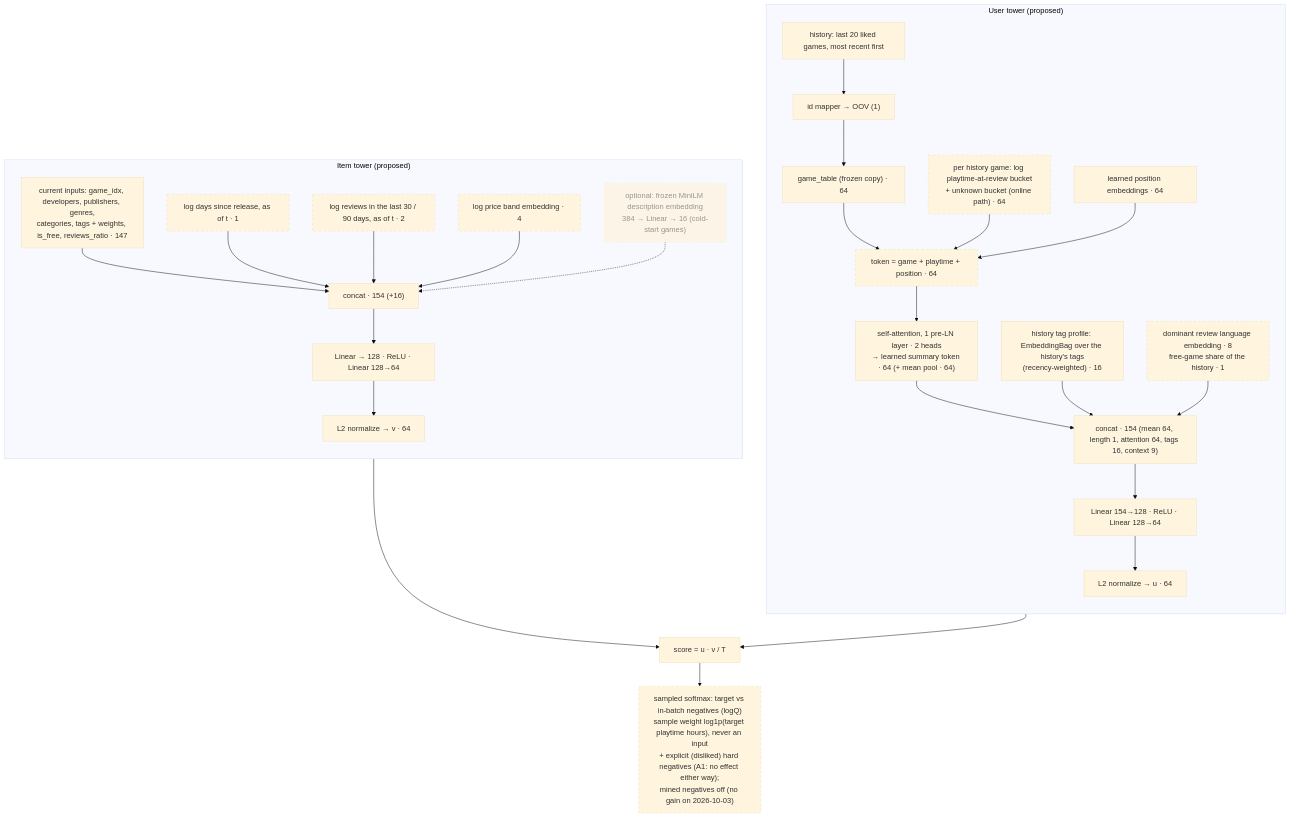
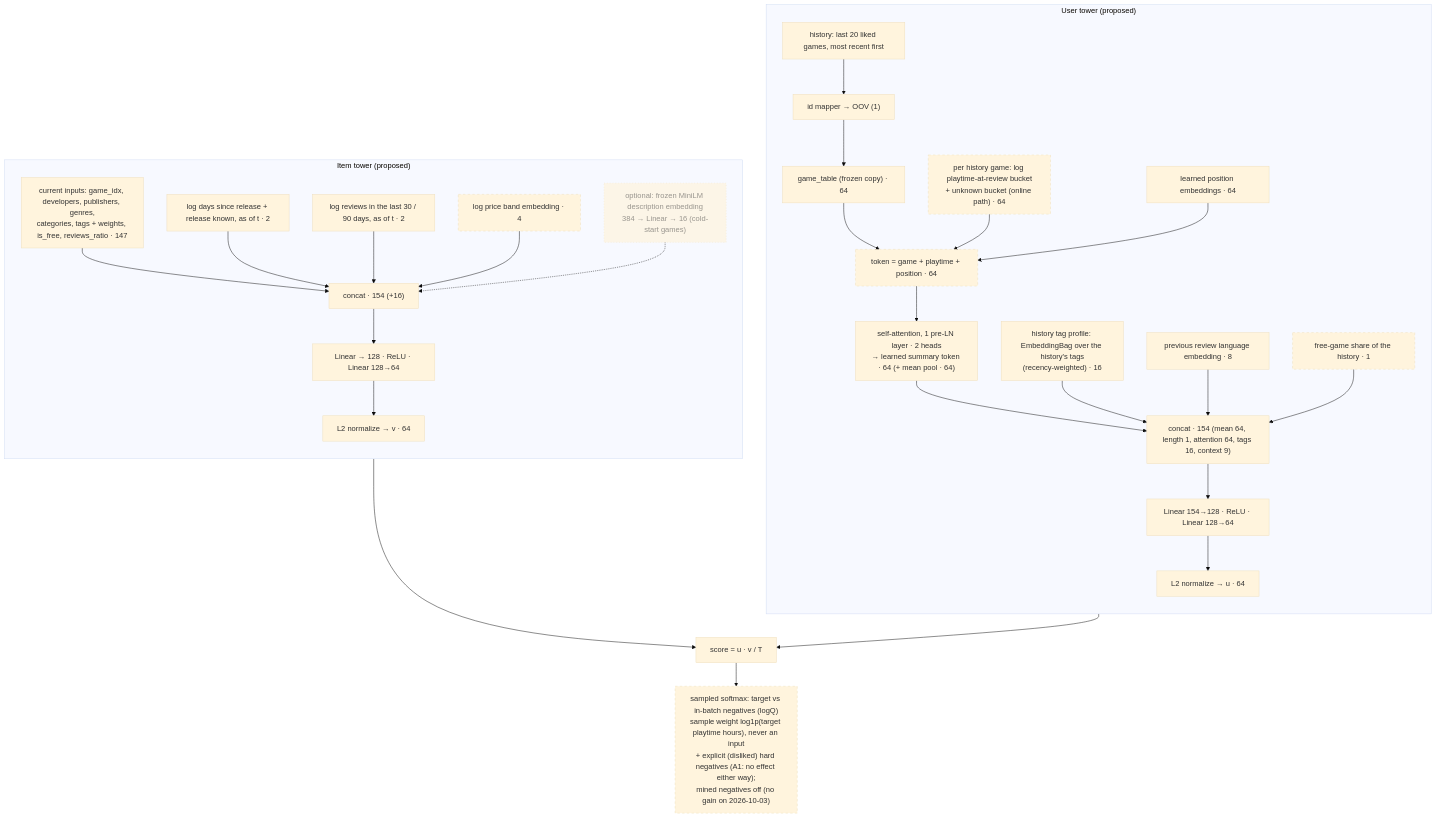
One commit to sadelcarpio/steam-recsys-e2e changed the second of 2 diagrams in training/README.md. Above: the diagram before and after it, drawn with Mermaid (base theme). The commit also changed other lines of this file and 3 other files, not shown here.

````diff
--- a/training/README.md
+++ b/training/README.md
@@ -148,45 +149,46 @@
 ```mermaid
 flowchart TB
   subgraph user["User tower (proposed)"]
     direction TB
     H["history: last 20 liked games, most recent first"]
     UM["id mapper → OOV (1)"]
     GT["game_table (frozen copy) · 64"]
     PT["per history game: log playtime-at-review bucket<br/>+ unknown bucket (online path) · 64"]:::new
     POS["learned position embeddings · 64"]
     TOK["token = game + playtime + position · 64"]:::new
     ATT["self-attention, 1 pre-LN layer · 2 heads<br/>→ learned summary token · 64 (+ mean pool · 64)"]
     TP["history tag profile: EmbeddingBag over the history's tags<br/>(recency-weighted) · 16"]
-    CTX["dominant review language embedding · 8<br/>free-game share of the history · 1"]:::new
+    CTX["previous review language embedding · 8"]
+    FREE["free-game share of the history · 1"]:::new
     UC["concat · 154 (mean 64, length 1, attention 64, tags 16, context 9)"]
     UMLP["Linear 154→128 · ReLU · Linear 128→64"]
     UN["L2 normalize → u · 64"]
     H --> UM --> GT --> TOK
     PT & POS --> TOK
     TOK --> ATT --> UC
-    TP & CTX --> UC
+    TP & CTX & FREE --> UC
     UC --> UMLP --> UN
   end
 
   subgraph item["Item tower (proposed)"]
     direction TB
     CUR["current inputs: game_idx, developers, publishers, genres,<br/>categories, tags + weights, is_free, reviews_ratio · 147"]
-    AGE["log days since release, as of t · 1"]:::new
-    POP["log reviews in the last 30 / 90 days, as of t · 2"]:::new
+    AGE["log days since release + release known, as of t · 2"]
+    POP["log reviews in the last 30 / 90 days, as of t · 2"]
     PRICE["log price band embedding · 4"]:::new
     DESC["optional: frozen MiniLM description embedding<br/>384 → Linear → 16 (cold-start games)"]:::opt
     IC["concat · 154 (+16)"]
     IMLP["Linear → 128 · ReLU · Linear 128→64"]
     IN["L2 normalize → v · 64"]
     CUR & AGE & POP & PRICE --> IC
     DESC -.-> IC
     IC --> IMLP --> IN
   end
 
   UN --> S["score = u · v / T"]
   IN --> S
   S --> LOSS["sampled softmax: target vs in-batch negatives (logQ)<br/>sample weight log1p(target playtime hours), never an input<br/>+ explicit (disliked) hard negatives (A1: no effect either way);<br/>mined negatives off (no gain on 2026-10-03)"]:::new
 
   classDef new stroke-dasharray: 5 5
   classDef opt stroke-dasharray: 2 4,opacity:0.7
 ```
````
